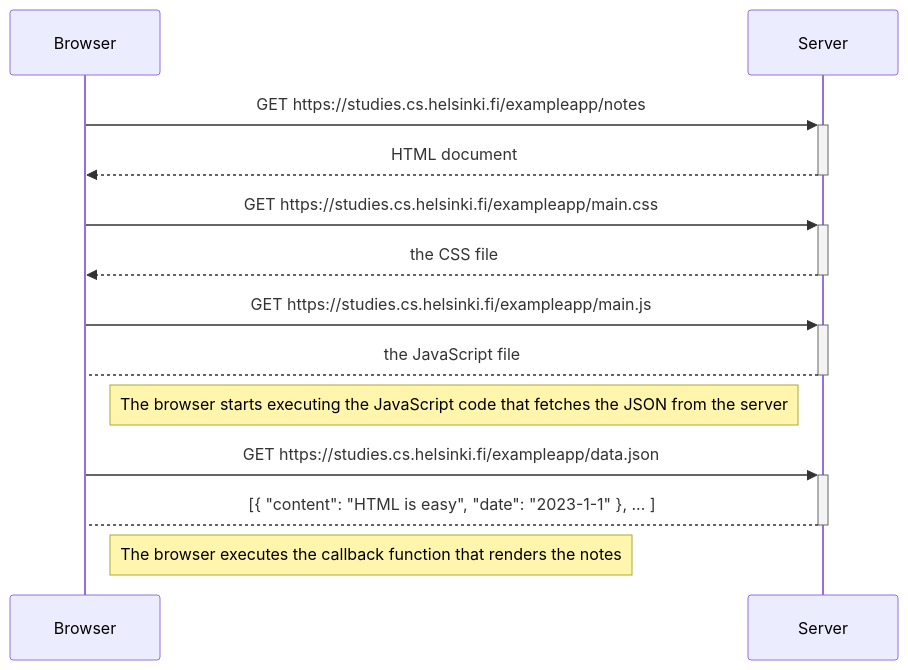
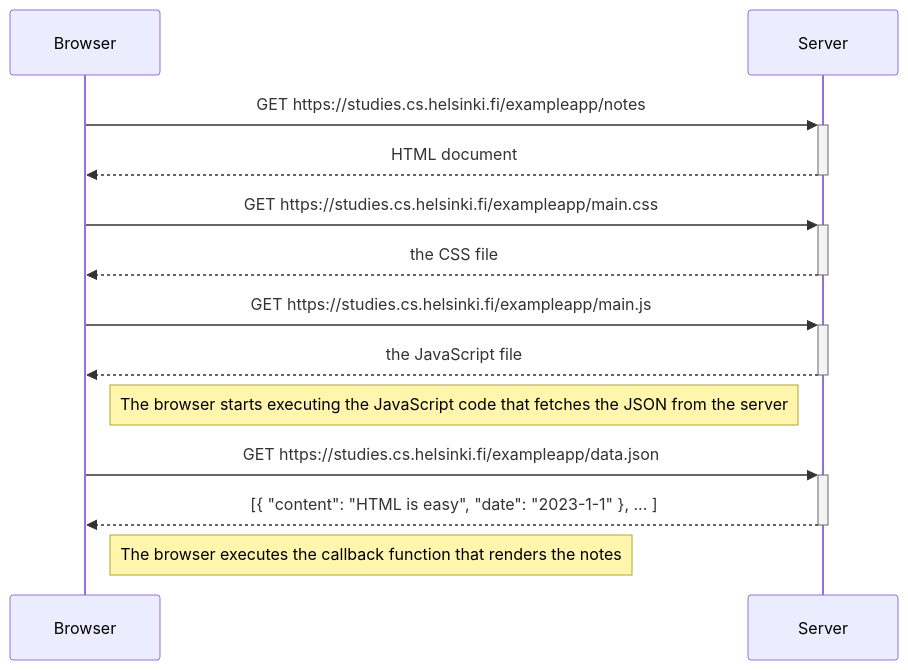
Before and after one commit to manroe887/Exercise-HTML-0.1.-0.6.: the first of 2 diagrams in README.md, drawn with Mermaid. The commit also changed other lines of this file, not shown here.

Commit message:
Fix arrow direction in README sequence diagrams

````diff
--- a/README.md
+++ b/README.md
@@ -6,13 +6,13 @@
 ```mermaid
 sequenceDiagram;
     Browser ->>+ Server: GET https://studies.cs.helsinki.fi/exampleapp/notes
     Server -->>- Browser : HTML document
     Browser ->>+ Server: GET https://studies.cs.helsinki.fi/exampleapp/main.css
     Server -->>- Browser: the CSS file
     Browser ->>+ Server: GET https://studies.cs.helsinki.fi/exampleapp/main.js
-    Server -->- Browser: the JavaScript file
+    Server -->>- Browser: the JavaScript file
     Note right of Browser: The browser starts executing the JavaScript code that fetches the JSON from the server
     Browser ->>+ Server: GET https://studies.cs.helsinki.fi/exampleapp/data.json
-    Server -->- Browser: [{ "content": "HTML is easy", "date": "2023-1-1" }, ... ]
+    Server -->>- Browser: [{ "content": "HTML is easy", "date": "2023-1-1" }, ... ]
     Note right of Browser: The browser executes the callback function that renders the notes
 ```
````
